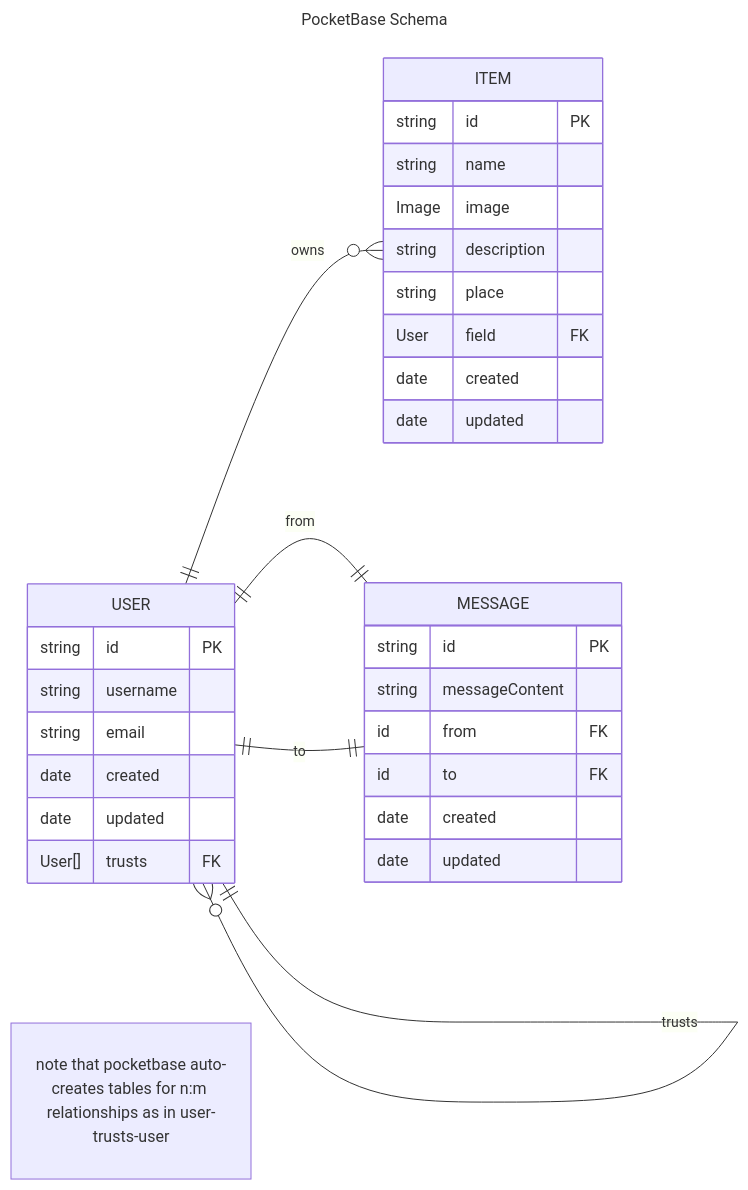
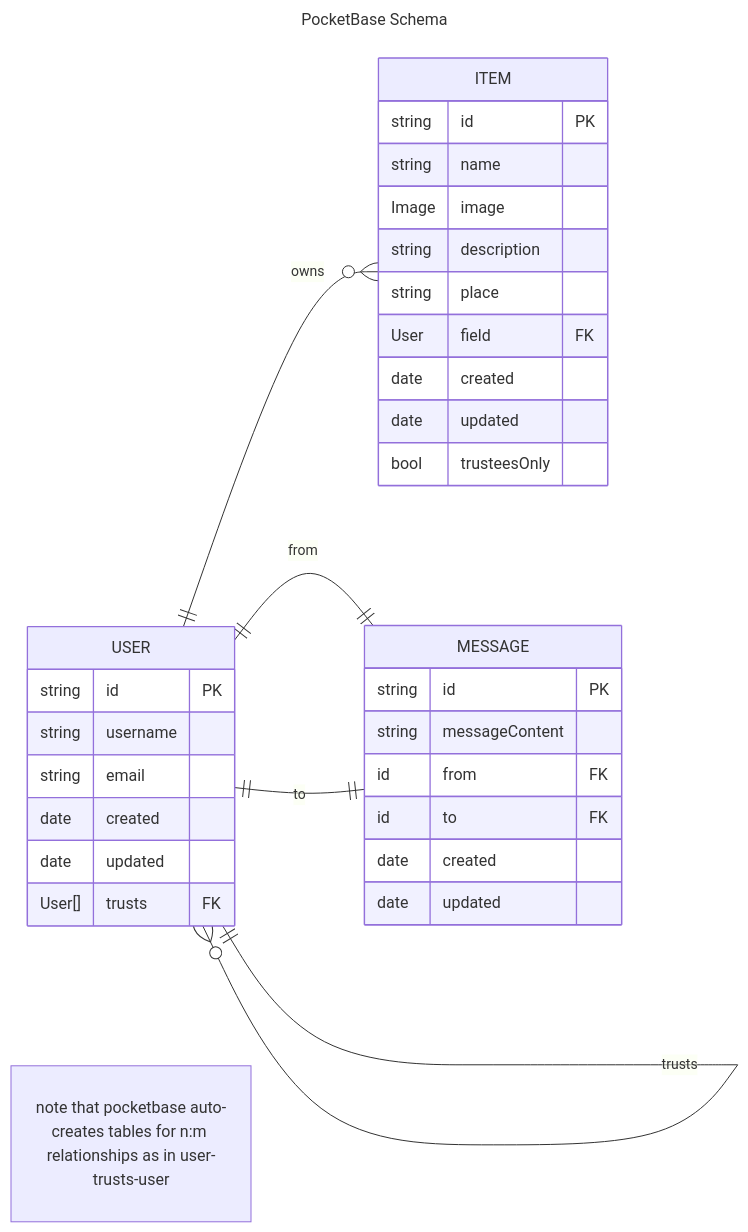
Before and after one commit to share-open-sharing-infrastructure/share-mvp: the diagram in docs/data-model.md, drawn with Mermaid. The commit also changed 2 other files, not shown here.

Commit message:
Update documentation for item-side of trust function

````diff
--- a/docs/data-model.md
+++ b/docs/data-model.md
@@ -7,43 +7,44 @@
 ```mermaid
 ---
 title: PocketBase Schema
 ---
 erDiagram
     direction LR
     USER{
         string id PK
         string username
         string email
         date created
         date updated
         User[] trusts FK
     }
     USER 1 to zero or more USER: "trusts"
     "note that pocketbase auto-creates tables for n:m relationships as in user-trusts-user"
 
     ITEM{
         string id PK
         string name
         Image image
         string description
         string place
         User field FK
         date created
         date updated
+        bool trusteesOnly
     }
 
     USER 1 to zero or more ITEM: owns
 
     MESSAGE{
         string id PK
         string messageContent
         id from FK
         id to FK
         date created
         date updated
     }
 
     USER 1 to 1 MESSAGE: "from"
     USER 1 to 1 MESSAGE: "to"
 
 ```
````
